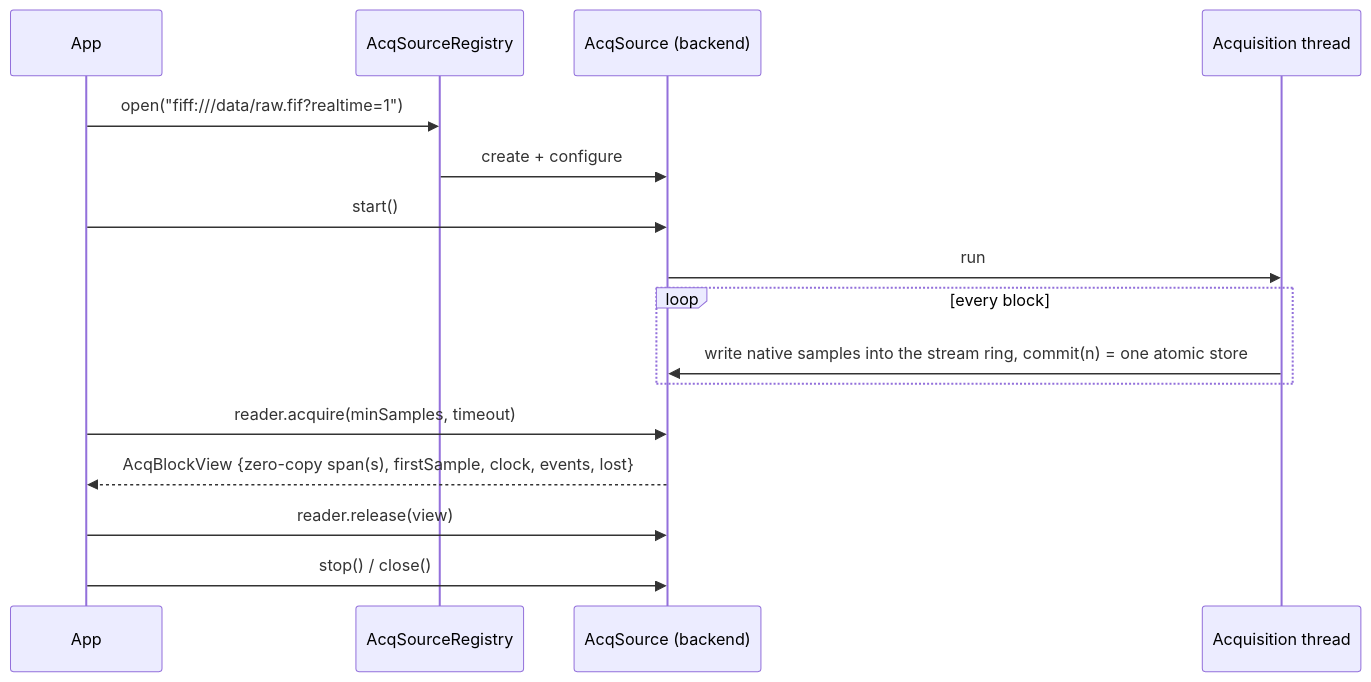
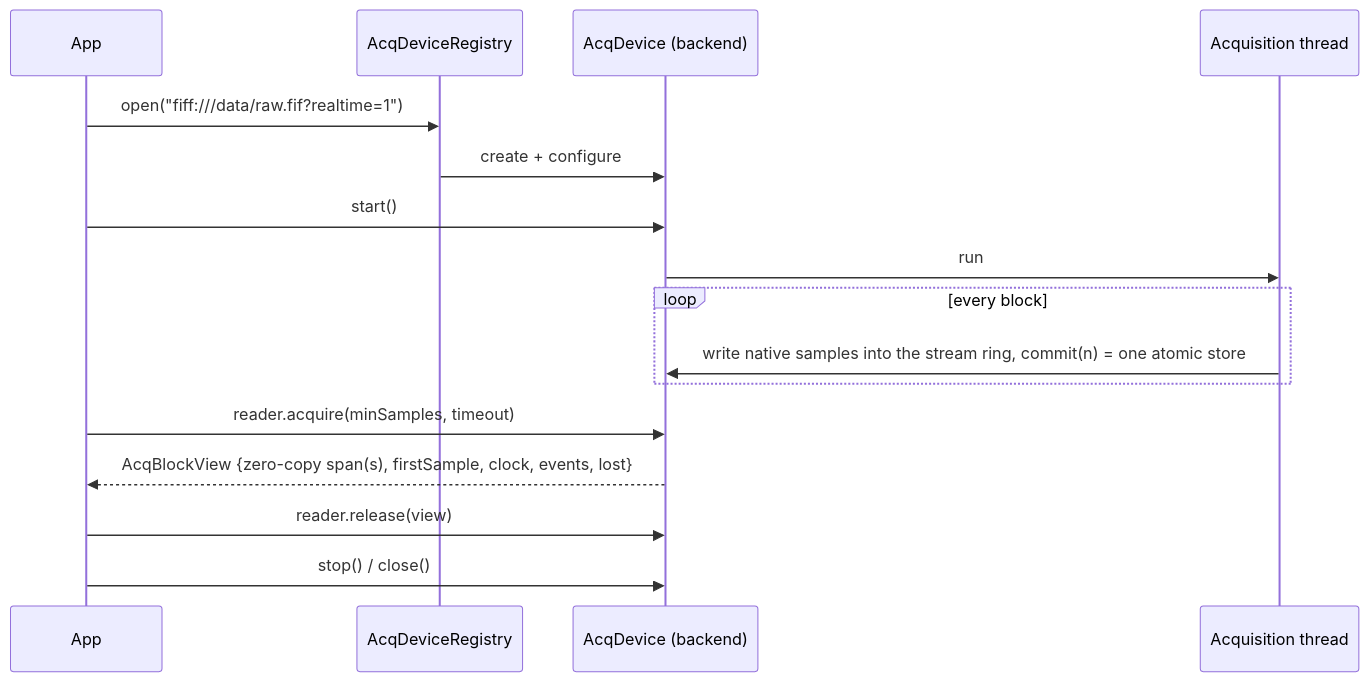
Before and after one commit to chdinh/mne-cpp: the second of 2 diagrams in doc/dev-notes/v2.5.0-requirements.md, drawn with Mermaid. The commit also changed other lines of this file, not shown here.

````diff
--- a/doc/dev-notes/v2.5.0-requirements.md
+++ b/doc/dev-notes/v2.5.0-requirements.md
@@ -164,18 +164,18 @@
 ```mermaid
 sequenceDiagram
   participant App
-  participant Reg as AcqSourceRegistry
-  participant Src as AcqSource (backend)
+  participant Reg as AcqDeviceRegistry
+  participant Src as AcqDevice (backend)
   participant Th as Acquisition thread
   App->>Reg: open("fiff:///data/raw.fif?realtime=1")
   Reg->>Src: create + configure
   App->>Src: start()
   Src->>Th: run
   loop every block
     Th->>Src: write native samples into the stream ring, commit(n) = one atomic store
   end
   App->>Src: reader.acquire(minSamples, timeout)
   Src-->>App: AcqBlockView {zero-copy span(s), firstSample, clock, events, lost}
   App->>Src: reader.release(view)
   App->>Src: stop() / close()
 ```
````
